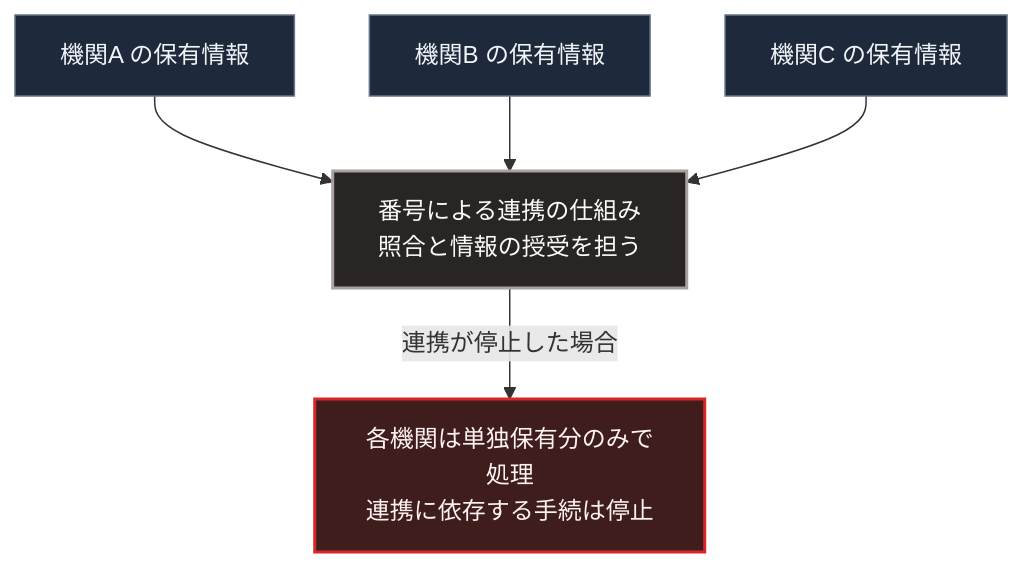
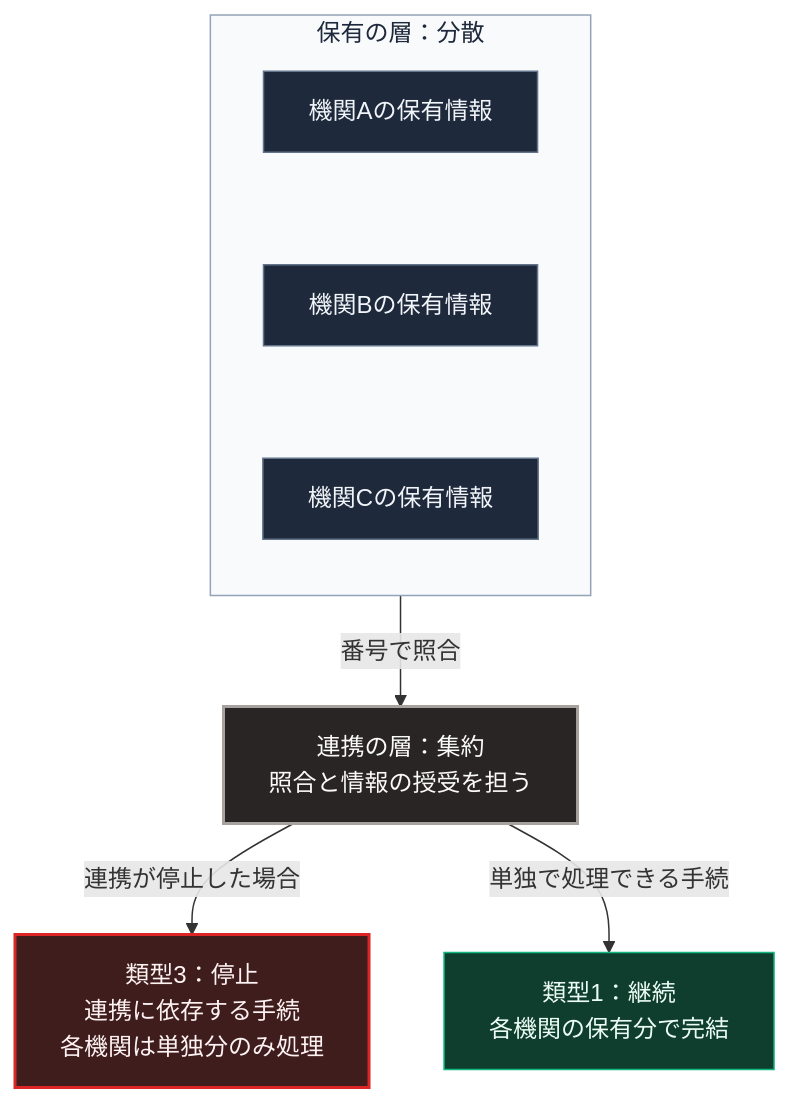
One commit to Takenori-Kusaka/zenn-content changed the diagram in books/sovereign-resilience-blueprint/32_digital-agency-administrative-centralization.md. Above: the diagram before and after it, drawn with Mermaid. The commit also changed other lines of this file and 114 other files, not shown here.

````diff
--- a/books/sovereign-resilience-blueprint/32_digital-agency-administrative-centralization.md
+++ b/books/sovereign-resilience-blueprint/32_digital-agency-administrative-centralization.md
@@ -49,16 +49,19 @@
 ```mermaid
 flowchart TD
-    A[機関A の保有情報]
-    B[機関B の保有情報]
-    C[機関C の保有情報]
-    A --> L[番号による連携の仕組み<br>照合と情報の授受を担う]
-    B --> L
-    C --> L
-    L -->|連携が停止した場合| X[各機関は単独保有分のみで処理<br>連携に依存する手続は停止]
+    subgraph G[保有の層：分散]
+        direction TB
+        A[機関Aの保有情報] ~~~ B[機関Bの保有情報]
+        B ~~~ C[機関Cの保有情報]
+    end
+    G -->|番号で照合| L[連携の層：集約<br>照合と情報の授受を担う]
+    L -->|連携が停止した場合| X[類型3：停止<br>連携に依存する手続<br>各機関は単独分のみ処理]
+    L -->|単独で処理できる手続| K[類型1：継続<br>各機関の保有分で完結]
 
     style A fill:#1e293b,stroke:#64748b,color:#f1f5f9
     style B fill:#1e293b,stroke:#64748b,color:#f1f5f9
     style C fill:#1e293b,stroke:#64748b,color:#f1f5f9
     style L fill:#292524,stroke:#a8a29e,stroke-width:2px,color:#fafaf9
     style X fill:#3f1d1d,stroke:#dc2626,stroke-width:2px,color:#fef2f2
+    style K fill:#0f3d2e,stroke:#10b981,color:#ecfdf5
+    style G fill:#f8fafc,stroke:#94a3b8,color:#1e293b
 ```
````
